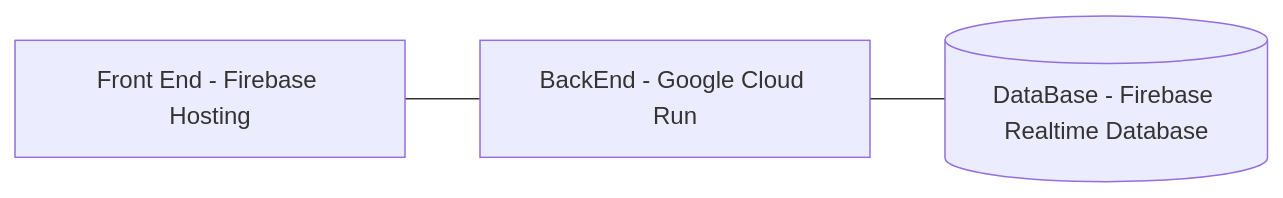
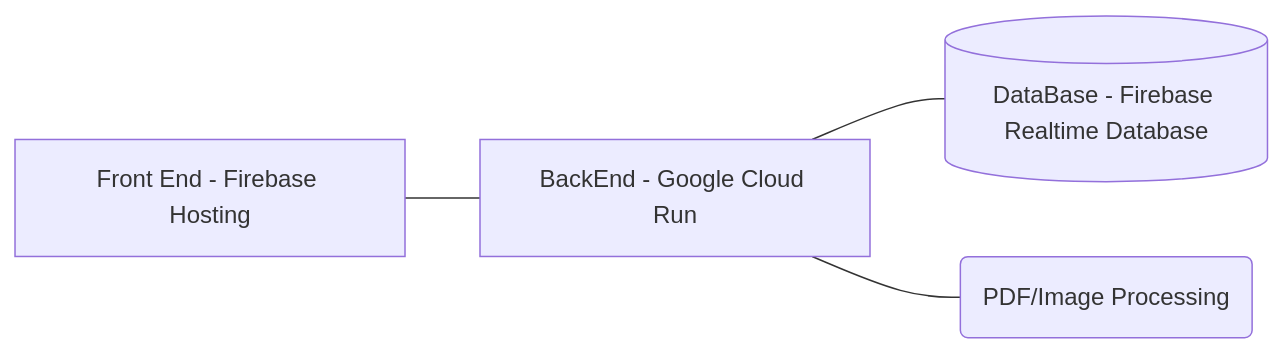
The diagram in README.md (evancosmos/RentRollApp), drawn with Mermaid before and after one commit. The commit also changed other lines of this file and 1 other file, not shown here.

Commit message:
Read me and comment change

````diff
--- a/README.md
+++ b/README.md
@@ -7,8 +7,10 @@
 ```mermaid
 flowchart LR;
 A[Front End - Firebase Hosting]
 B[BackEnd - Google Cloud Run]
 C[(DataBase - Firebase Realtime Database)]
+D(PDF/Image Processing)
 
 A --- B --- C
+B --- D
 ```
````
